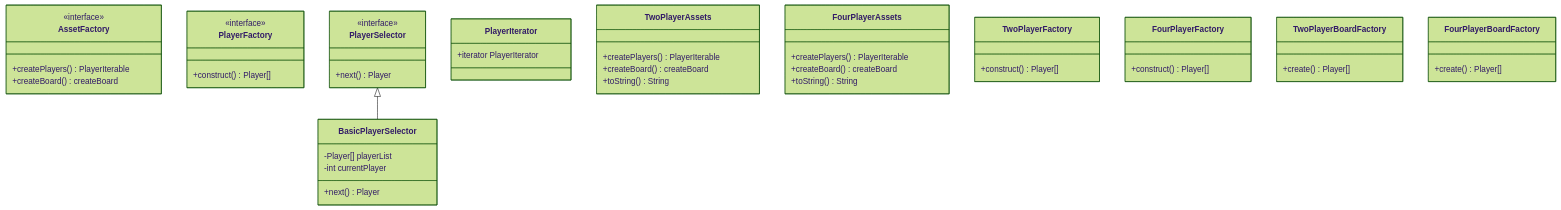
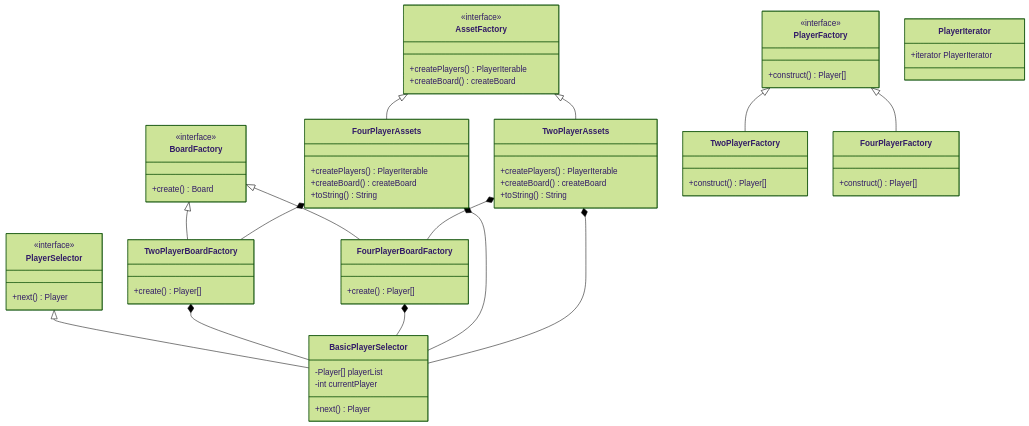
The fourth of 4 diagrams in README.md (Luke3470/DesignPaternsUni), drawn with Mermaid (forest theme) before and after one commit. The commit also changed other lines of this file, not shown here.

Commit message:
Player Graph Done

````diff
--- a/README.md
+++ b/README.md
@@ -120,56 +120,73 @@
 ```mermaid
 classDiagram
 
     class AssetFactory {
         <<interface>>
         +createPlayers() PlayerIterable
         +createBoard() createBoard
+    }
+    
+    class BoardFactory {
+        <<interface>>
+        +create() Board
     }
     
     class PlayerFactory{
         <<interface>>
         +construct() Player[]    
     }
     
     class PlayerSelector{
         <<interface>>
         +next() Player
     }
     
     class BasicPlayerSelector{
         -Player[] playerList
         -int currentPlayer
         +next() Player
     }
     class PlayerIterator{
         +iterator PlayerIterator
     }
         
     class TwoPlayerAssets{
         +createPlayers() PlayerIterable
         +createBoard() createBoard
         +toString() String
     }
     
     class FourPlayerAssets{
         +createPlayers() PlayerIterable
         +createBoard() createBoard
         +toString() String
     }
     
     class TwoPlayerFactory{
         +construct() Player[]    
     }
     
     class FourPlayerFactory{
         +construct() Player[]    
     }
     class TwoPlayerBoardFactory{
         +create() Player[]    
     }
     class FourPlayerBoardFactory{
         +create() Player[]    
     }
         
     PlayerSelector <|-- BasicPlayerSelector
+    PlayerFactory <|-- TwoPlayerFactory
+    PlayerFactory <|-- FourPlayerFactory
+    BoardFactory <|-- TwoPlayerBoardFactory
+    BoardFactory <|-- FourPlayerBoardFactory
+    TwoPlayerBoardFactory *-- BasicPlayerSelector
+    FourPlayerBoardFactory *-- BasicPlayerSelector
+    FourPlayerAssets *-- TwoPlayerBoardFactory
+    FourPlayerAssets *-- BasicPlayerSelector
+    TwoPlayerAssets *-- FourPlayerBoardFactory
+    TwoPlayerAssets *-- BasicPlayerSelector
+    AssetFactory <|-- TwoPlayerAssets
+    AssetFactory <|-- FourPlayerAssets
 ```
````
